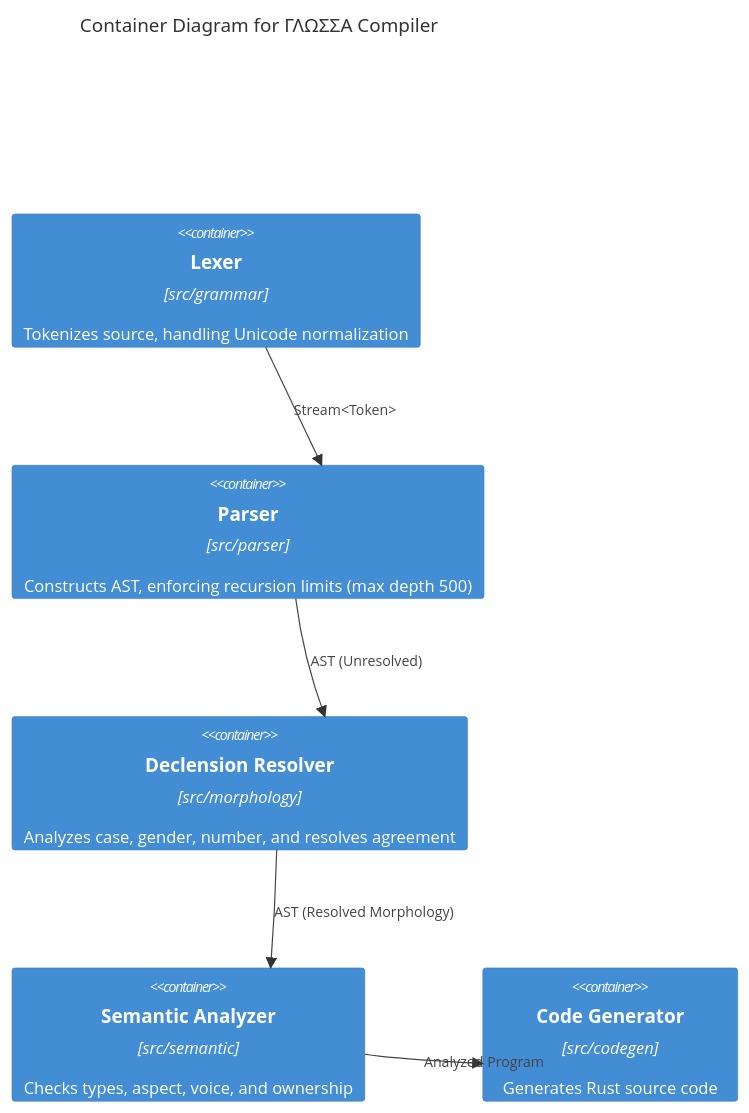
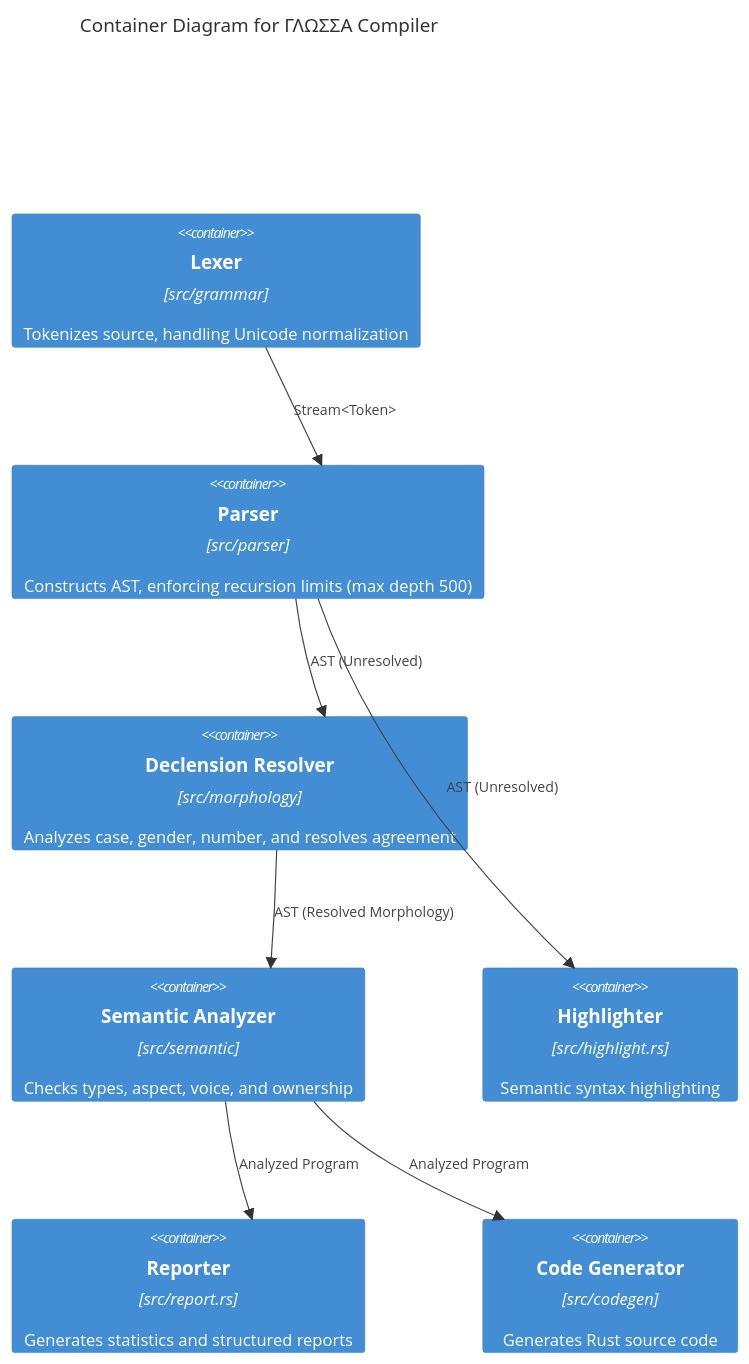
The second of 3 diagrams in docs/architecture.md (madmax983/glossa), drawn with Mermaid before and after one commit. The commit also changed other lines of this file and 1 other file, not shown here.

Commit message:
docs: Record replacement of Oracle with Highlight/Report and update C4 diagrams
- Created `docs/adr/009-replace-oracle-with-report-and-highlight.md`
- Updated `docs/architecture.md` C4 Container diagram to include Highlight and Report
- Updated `docs/architecture.md` C4 Component diagram to remove Oracle

````diff
--- a/docs/architecture.md
+++ b/docs/architecture.md
@@ -26,15 +26,19 @@
 ```mermaid
 C4Container
     title Container Diagram for ΓΛΩΣΣΑ Compiler
 
     Container(lexer, "Lexer", "src/grammar", "Tokenizes source, handling Unicode normalization")
     Container(parser, "Parser", "src/parser", "Constructs AST, enforcing recursion limits (max depth 500)")
     Container(morphology, "Declension Resolver", "src/morphology", "Analyzes case, gender, number, and resolves agreement")
     Container(semantic, "Semantic Analyzer", "src/semantic", "Checks types, aspect, voice, and ownership")
+    Container(highlight, "Highlighter", "src/highlight.rs", "Semantic syntax highlighting")
+    Container(report, "Reporter", "src/report.rs", "Generates statistics and structured reports")
     Container(codegen, "Code Generator", "src/codegen", "Generates Rust source code")
 
     Rel(lexer, parser, "Stream<Token>")
     Rel(parser, morphology, "AST (Unresolved)")
+    Rel(parser, highlight, "AST (Unresolved)")
     Rel(morphology, semantic, "AST (Resolved Morphology)")
+    Rel(semantic, report, "Analyzed Program")
     Rel(semantic, codegen, "Analyzed Program")
 ```
````
